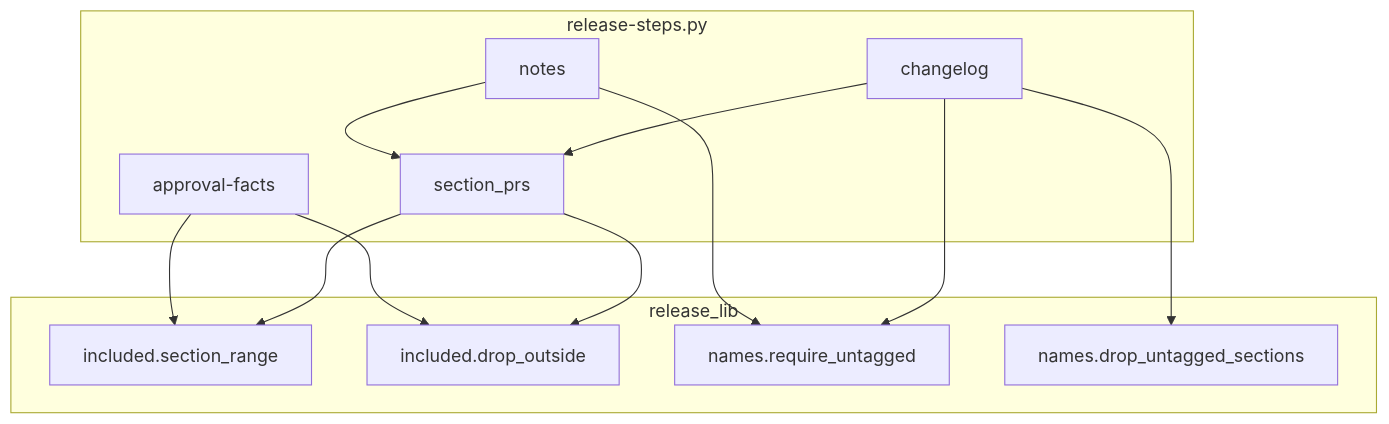
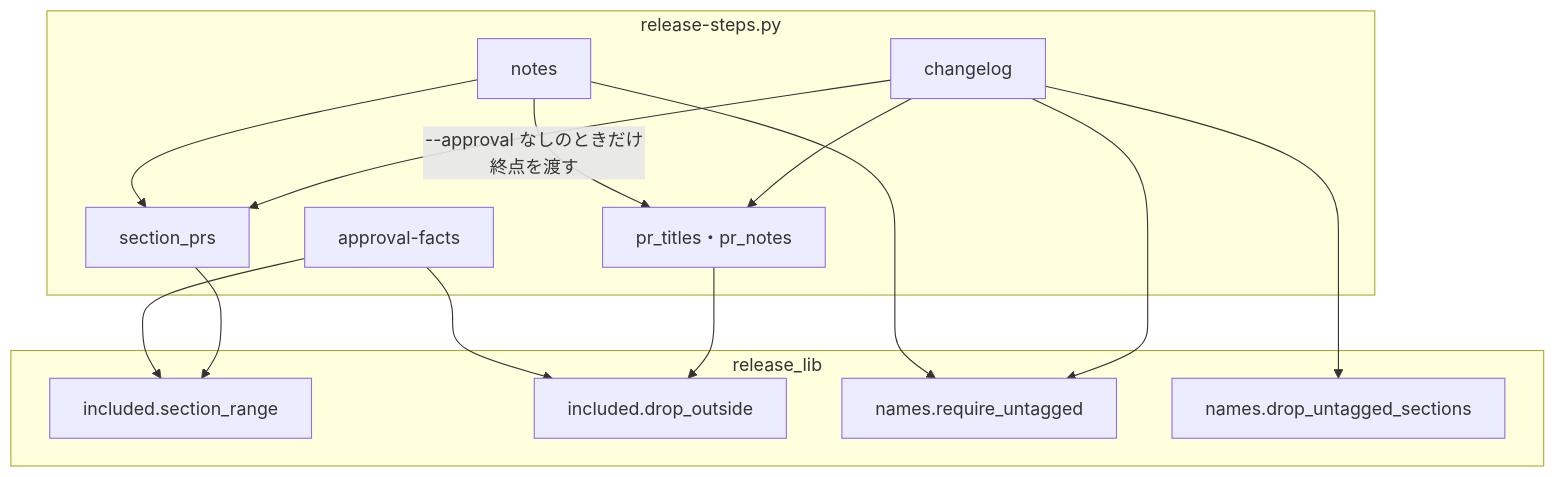
One commit to devbasex/ai-plugins changed the first of 2 diagrams in issues/issue-2555-design.md. Above: the diagram before and after it, drawn with Mermaid. The commit also changed other lines of this file, not shown here.

````diff
--- a/issues/issue-2555-design.md
+++ b/issues/issue-2555-design.md
@@ -144,24 +146,27 @@
 ```mermaid
 graph TD
     subgraph steps[release-steps.py]
         CL[changelog]
         NT[notes]
         AF[approval-facts]
         SP[section_prs]
+        PT[pr_titles・pr_notes]
     end
     subgraph lib[release_lib]
         SR[included.section_range]
         DO[included.drop_outside]
         RU[names.require_untagged]
         DU[names.drop_untagged_sections]
     end
     CL --> SP
     NT --> SP
     SP --> SR
     AF --> SR
-    SP --> DO
+    CL --> PT
+    NT -->|"--approval なしのときだけ終点を渡す"| PT
+    PT --> DO
     AF --> DO
     CL --> RU
     NT --> RU
     CL --> DU
 ```
````
